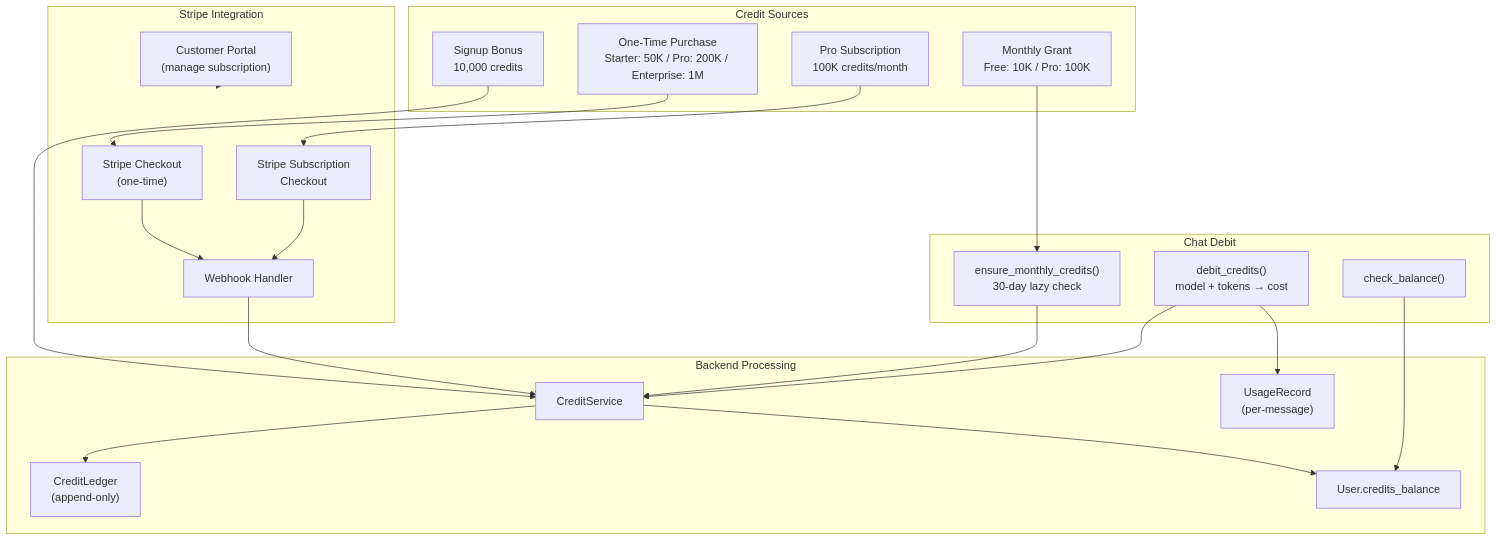
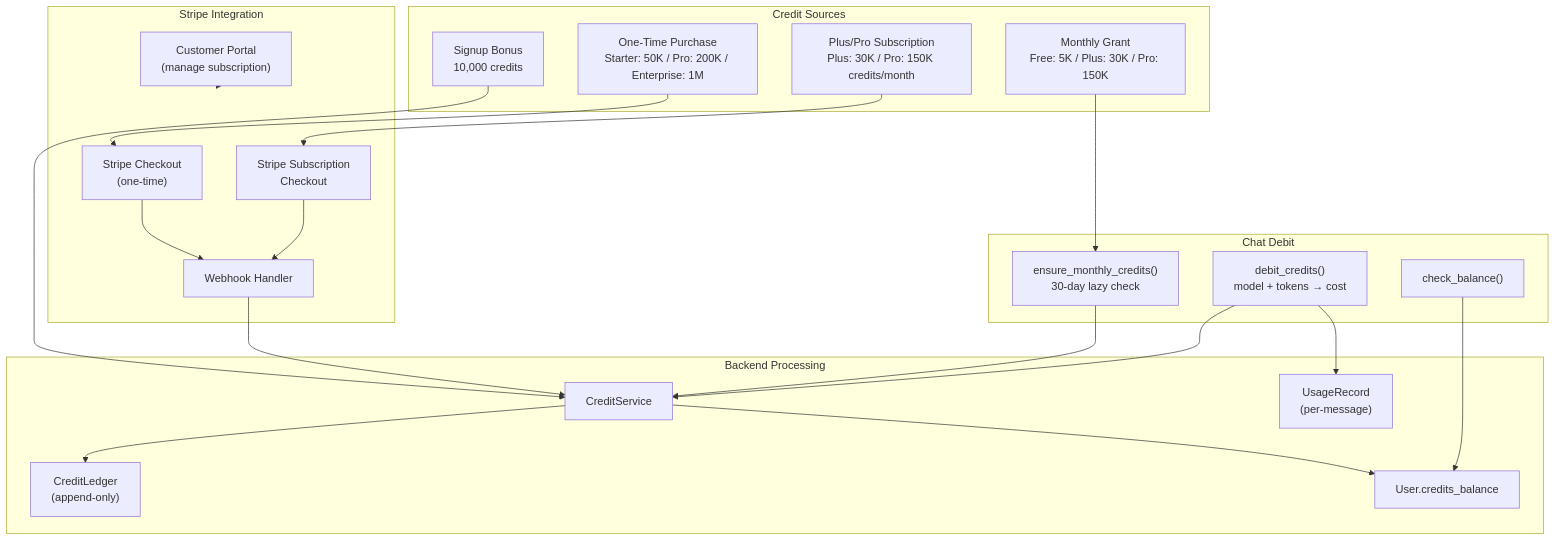
The fifth of 8 diagrams in docs/ARCHITECTURE.md (Rswcf/DocTalk), drawn with Mermaid before and after one commit. The commit also changed other lines of this file and 52 other files, not shown here.

````diff
--- a/docs/ARCHITECTURE.md
+++ b/docs/ARCHITECTURE.md
@@ -257,43 +257,43 @@
 ```mermaid
 flowchart TB
     subgraph Sources["Credit Sources"]
         Signup["Signup Bonus<br/>10,000 credits"]
-        Monthly["Monthly Grant<br/>Free: 10K / Pro: 100K"]
+        Monthly["Monthly Grant<br/>Free: 5K / Plus: 30K / Pro: 150K"]
         Purchase["One-Time Purchase<br/>Starter: 50K / Pro: 200K / Enterprise: 1M"]
-        Subscription["Pro Subscription<br/>100K credits/month"]
+        Subscription["Plus/Pro Subscription<br/>Plus: 30K / Pro: 150K credits/month"]
     end
 
     subgraph Stripe["Stripe Integration"]
         Checkout["Stripe Checkout<br/>(one-time)"]
         SubCheckout["Stripe Subscription<br/>Checkout"]
         Portal["Customer Portal<br/>(manage subscription)"]
         Webhook["Webhook Handler"]
     end
 
     subgraph Backend["Backend Processing"]
         CreditService["CreditService"]
         Ledger["CreditLedger<br/>(append-only)"]
         Balance["User.credits_balance"]
         UsageRecord["UsageRecord<br/>(per-message)"]
     end
 
     subgraph Chat["Chat Debit"]
         EnsureMonthly["ensure_monthly_credits()<br/>30-day lazy check"]
         CheckBalance["check_balance()"]
         Debit["debit_credits()<br/>model + tokens → cost"]
     end
 
     Signup --> CreditService
     Monthly --> EnsureMonthly
     Purchase --> Checkout --> Webhook --> CreditService
     Subscription --> SubCheckout --> Webhook
     Portal --> Stripe
 
     CreditService --> Ledger
     CreditService --> Balance
 
     EnsureMonthly --> CreditService
     CheckBalance --> Balance
     Debit --> CreditService
     Debit --> UsageRecord
 ```
````
